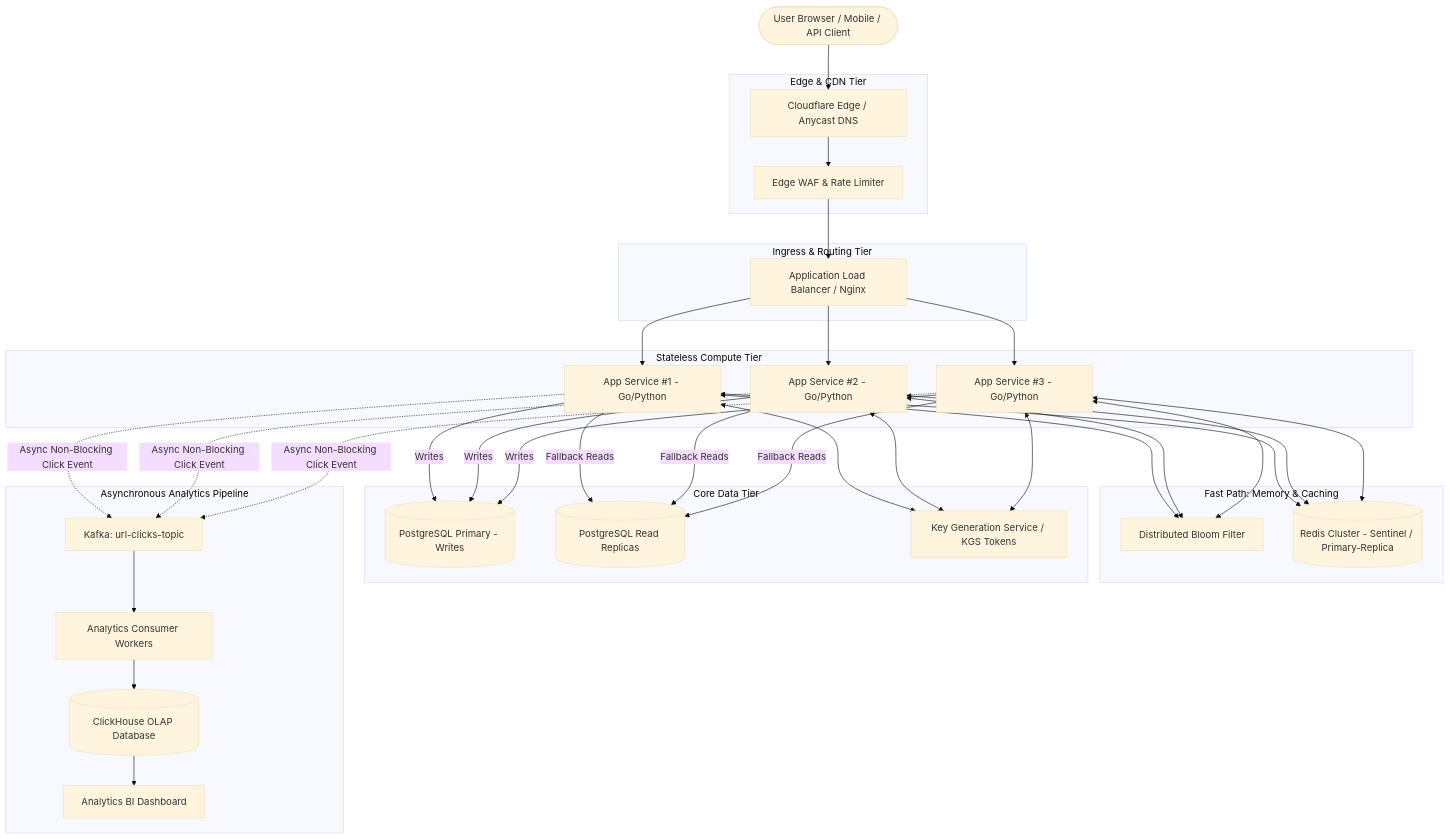
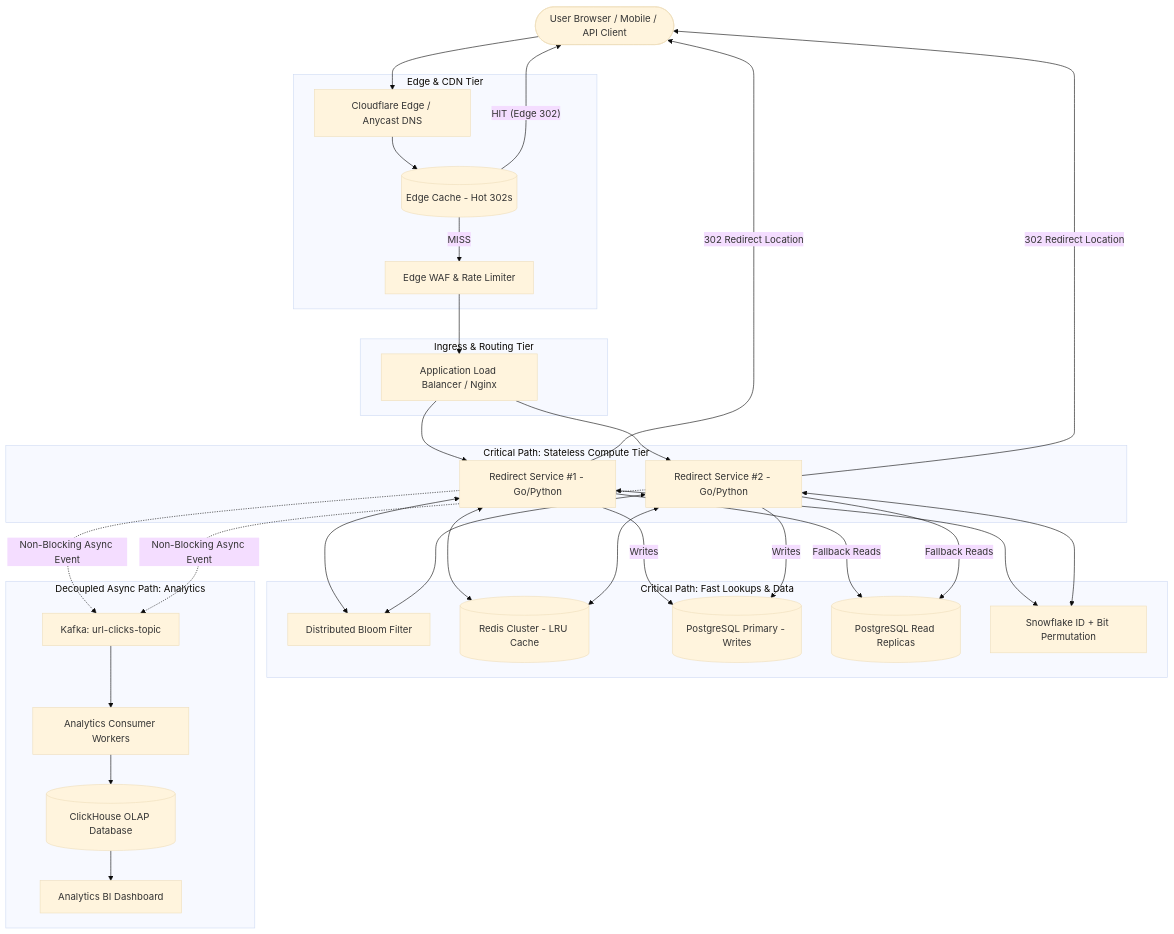
Before and after one commit to asheeshsahu7300/system-design: the second of 3 diagrams in systems/01-url-shortener/docs/HLD.md, drawn with Mermaid (base theme). The commit also changed other lines of this file and 3 other files, not shown here.

````diff
--- a/systems/01-url-shortener/docs/HLD.md
+++ b/systems/01-url-shortener/docs/HLD.md
@@ -83,49 +86,51 @@
 ```mermaid
 flowchart TD
     Client([User Browser / Mobile / API Client])
     
     subgraph Edge & CDN Tier
         Cloudflare[Cloudflare Edge / Anycast DNS]
+        EdgeCache[(Edge Cache - Hot 302s)]
         EdgeWAF[Edge WAF & Rate Limiter]
     end
 
     subgraph Ingress & Routing Tier
         ALB[Application Load Balancer / Nginx]
     end
 
-    subgraph Stateless Compute Tier
-        API1[App Service #1 - Go/Python]
-        API2[App Service #2 - Go/Python]
-        API3[App Service #3 - Go/Python]
+    subgraph Critical Path: Stateless Compute Tier
+        API1[Redirect Service #1 - Go/Python]
+        API2[Redirect Service #2 - Go/Python]
     end
 
-    subgraph Fast Path: Memory & Caching
+    subgraph Critical Path: Fast Lookups & Data
         Bloom[Distributed Bloom Filter]
-        RedisCluster[(Redis Cluster - Sentinel / Primary-Replica)]
+        RedisCluster[(Redis Cluster - LRU Cache)]
+        DB_Master[(PostgreSQL Primary - Writes)]
+        DB_Replica[(PostgreSQL Read Replicas)]
+        IDGen[Snowflake ID + Bit Permutation]
     end
 
-    subgraph Core Data Tier
-        DB_Master[(PostgreSQL Primary - Writes)]
-        DB_Replica[(PostgreSQL Read Replicas)]
-        KGS[Key Generation Service / KGS Tokens]
-    end
-
-    subgraph Asynchronous Analytics Pipeline
+    subgraph Decoupled Async Path: Analytics
         Kafka[Kafka: url-clicks-topic]
         AnalyticsWorker[Analytics Consumer Workers]
         ClickHouse[(ClickHouse OLAP Database)]
         Grafana[Analytics BI Dashboard]
     end
 
-    Client --> Cloudflare --> EdgeWAF --> ALB
-    ALB --> API1 & API2 & API3
+    Client --> Cloudflare --> EdgeCache
+    EdgeCache -- "HIT (Edge 302)" --> Client
+    EdgeCache -- "MISS" --> EdgeWAF --> ALB
+    ALB --> API1 & API2
 
-    API1 & API2 & API3 <--> Bloom
-    API1 & API2 & API3 <--> RedisCluster
-    API1 & API2 & API3 -->|Writes| DB_Master
-    API1 & API2 & API3 -->|Fallback Reads| DB_Replica
-    API1 & API2 & API3 <--> KGS
+    %% Critical Path (Synchronous, Sub-10ms)
+    API1 & API2 <--> Bloom
+    API1 & API2 <--> RedisCluster
+    API1 & API2 -->|Writes| DB_Master
+    API1 & API2 -->|Fallback Reads| DB_Replica
+    API1 & API2 <--> IDGen
+    API1 & API2 -->|302 Redirect Location| Client
 
-    API1 & API2 & API3 -.->|Async Non-Blocking Click Event| Kafka
+    %% Decoupled Async Path (Zero impact on redirect SLA)
+    API1 & API2 -.->|Non-Blocking Async Event| Kafka
     Kafka --> AnalyticsWorker --> ClickHouse --> Grafana
 ```
````
